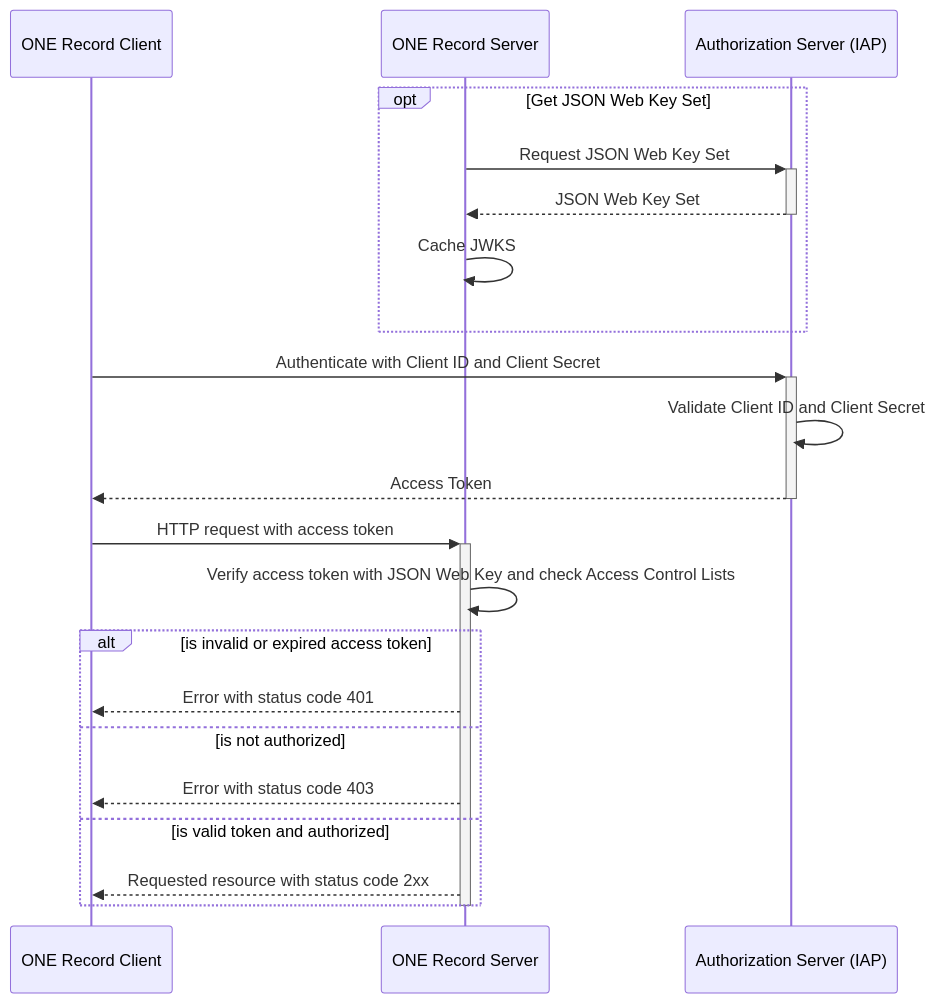
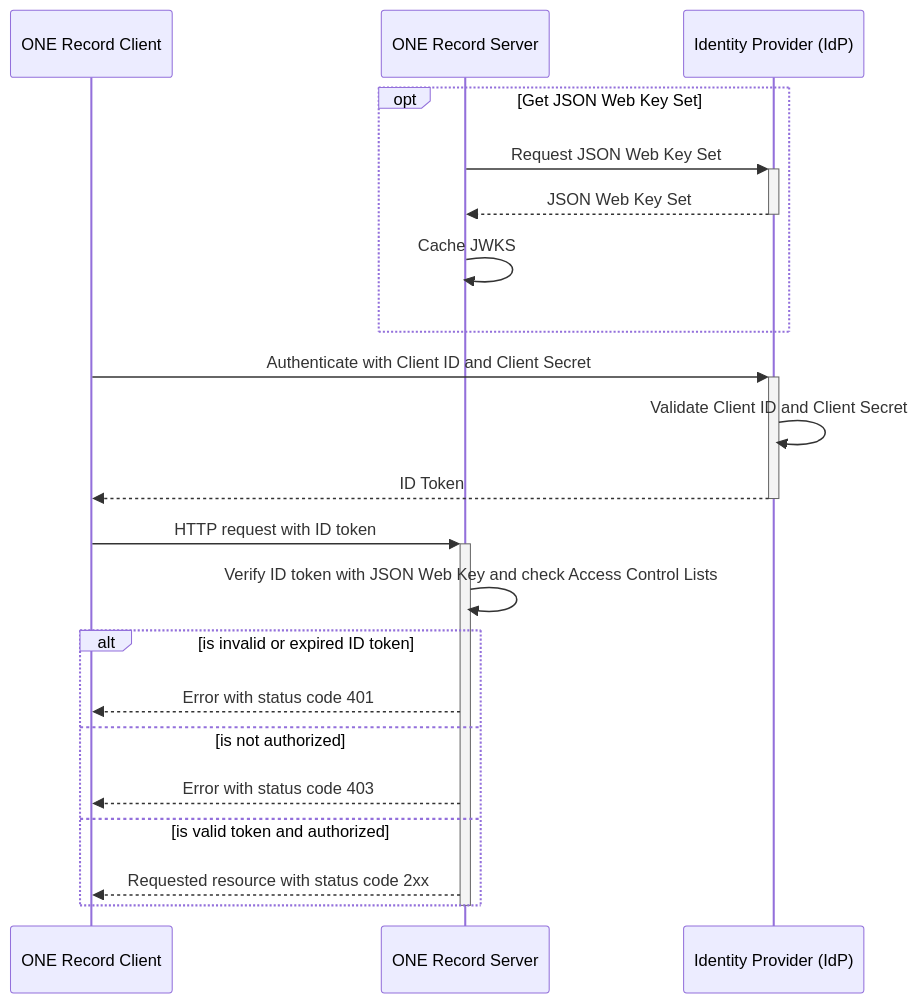
Before and after one commit to IATA-Cargo/ONE-Record: the second of 2 diagrams in working_draft/API/docs/security/authn-application-layer.md, drawn with Mermaid. The commit also changed other lines of this file and 41 other files, not shown here.

````diff
--- a/working_draft/API/docs/security/authn-application-layer.md
+++ b/working_draft/API/docs/security/authn-application-layer.md
@@ -78,27 +228,27 @@
 ```mermaid
 sequenceDiagram
     participant 1Rc as ONE Record Client
     participant 1Rs as ONE Record Server
-    participant IAP as Authorization Server (IAP)
+    participant IdP as Identity Provider (IdP)
 
     opt Get JSON Web Key Set
-        1Rs->>+IAP: Request JSON Web Key Set
-        IAP-->>-1Rs: JSON Web Key Set
+        1Rs->>+IdP: Request JSON Web Key Set
+        IdP-->>-1Rs: JSON Web Key Set
         1Rs->>1Rs: Cache JWKS
     end
     
-    1Rc->>+IAP: Authenticate with Client ID and Client Secret    
-    IAP->>IAP: Validate Client ID and Client Secret 
-    IAP-->>-1Rc: Access Token
+    1Rc->>+IdP: Authenticate with Client ID and Client Secret    
+    IdP->>IdP: Validate Client ID and Client Secret 
+    IdP-->>-1Rc: ID Token
 
-    1Rc->>+1Rs: HTTP request with access token
-    1Rs->>1Rs: Verify access token with JSON Web Key and check Access Control Lists
-    alt is invalid or expired access token
+    1Rc->>+1Rs: HTTP request with ID token
+    1Rs->>1Rs: Verify ID token with JSON Web Key and check Access Control Lists
+    alt is invalid or expired ID token
         1Rs-->>1Rc: Error with status code 401
     else is not authorized
         1Rs-->>1Rc: Error with status code 403
     else is valid token and authorized
         1Rs-->>1Rc: Requested resource with status code 2xx
     end
     deactivate 1Rs
 ```
````
